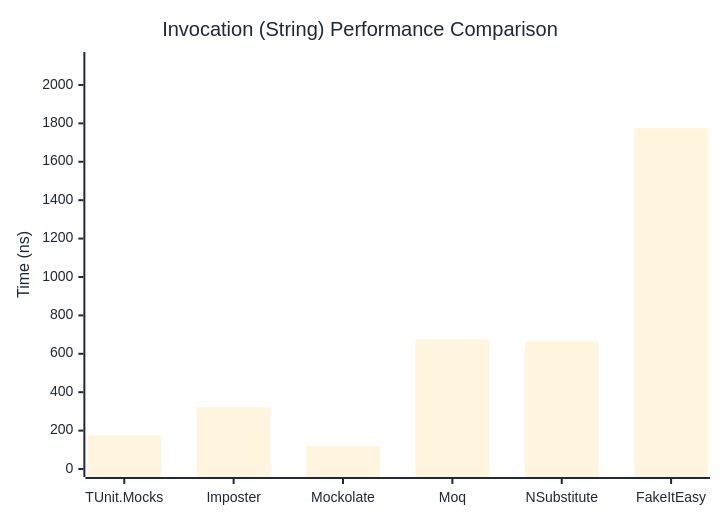
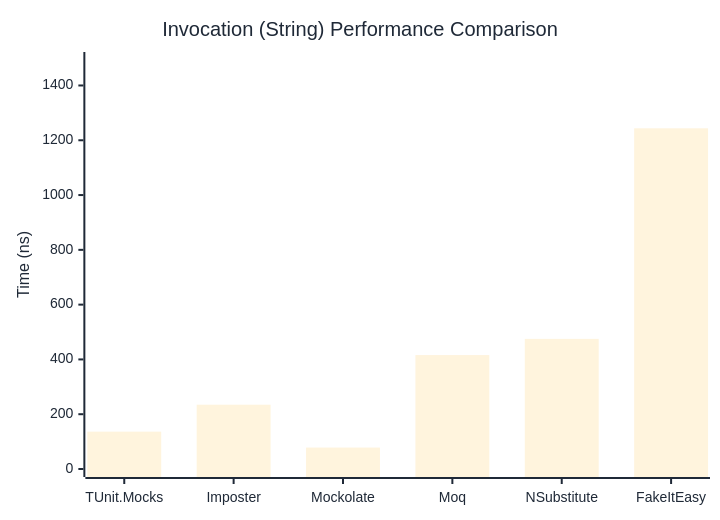
The second of 3 diagrams in docs/docs/benchmarks/mocks/Invocation.md (thomhurst/TUnit), drawn with Mermaid before and after one commit. The commit also changed other lines of this file and 14 other files, not shown here.

````diff
--- a/docs/docs/benchmarks/mocks/Invocation.md
+++ b/docs/docs/benchmarks/mocks/Invocation.md
@@ -71,27 +71,27 @@
 ```mermaid
 %%{init: {
   'theme':'base',
   'themeVariables': {
     'primaryColor': '#2563eb',
     'primaryTextColor': '#1f2937',
     'primaryBorderColor': '#1e40af',
     'lineColor': '#6b7280',
     'secondaryColor': '#7c3aed',
     'tertiaryColor': '#dc2626',
     'background': '#ffffff',
     'pie1': '#2563eb',
     'pie2': '#7c3aed',
     'pie3': '#dc2626',
     'pie4': '#f59e0b',
     'pie5': '#10b981',
     'pie6': '#06b6d4',
     'pie7': '#ec4899',
     'pie8': '#6366f1'
   }
 }}%%
 xychart-beta
   title "Invocation (String) Performance Comparison"
   x-axis ["TUnit.Mocks", "Imposter", "Mockolate", "Moq", "NSubstitute", "FakeItEasy"]
-  y-axis "Time (ns)" 0 --> 2130
-  bar [175.2, 321.5, 119.1, 676, 665.2, 1774.9]
+  y-axis "Time (ns)" 0 --> 1493
+  bar [136.38, 234.68, 78.21, 415.86, 475.04, 1243.63]
 ```
````
